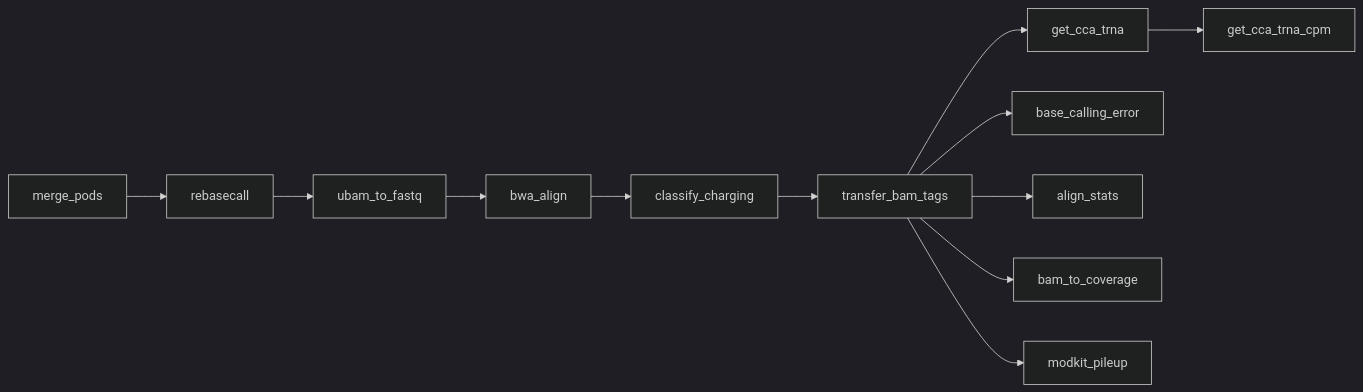
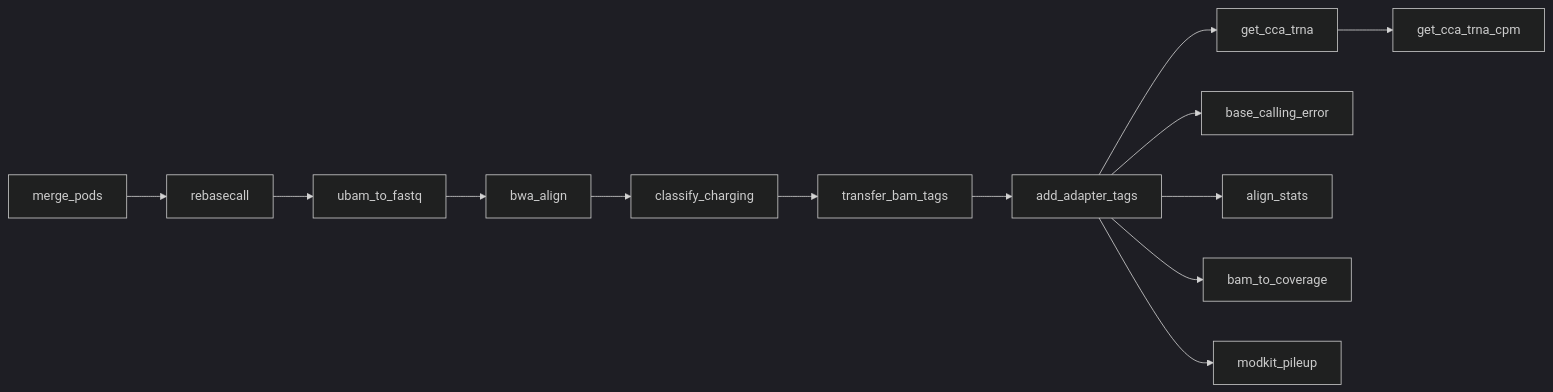
The diagram in docs/workflow/rules-reference.md (rnabioco/aa-tRNA-seq-pipeline), drawn with Mermaid (dark theme) before and after one commit. The commit also changed other lines of this file and 10 other files, not shown here.

````diff
--- a/docs/workflow/rules-reference.md
+++ b/docs/workflow/rules-reference.md
@@ -488,14 +526,15 @@
 ```mermaid
 flowchart LR
     merge_pods --> rebasecall
     rebasecall --> ubam_to_fastq
     ubam_to_fastq --> bwa_align
     bwa_align --> classify_charging
     classify_charging --> transfer_bam_tags
-    transfer_bam_tags --> get_cca_trna
-    transfer_bam_tags --> base_calling_error
-    transfer_bam_tags --> align_stats
-    transfer_bam_tags --> bam_to_coverage
-    transfer_bam_tags --> modkit_pileup
+    transfer_bam_tags --> add_adapter_tags
+    add_adapter_tags --> get_cca_trna
+    add_adapter_tags --> base_calling_error
+    add_adapter_tags --> align_stats
+    add_adapter_tags --> bam_to_coverage
+    add_adapter_tags --> modkit_pileup
     get_cca_trna --> get_cca_trna_cpm
 ```
````
